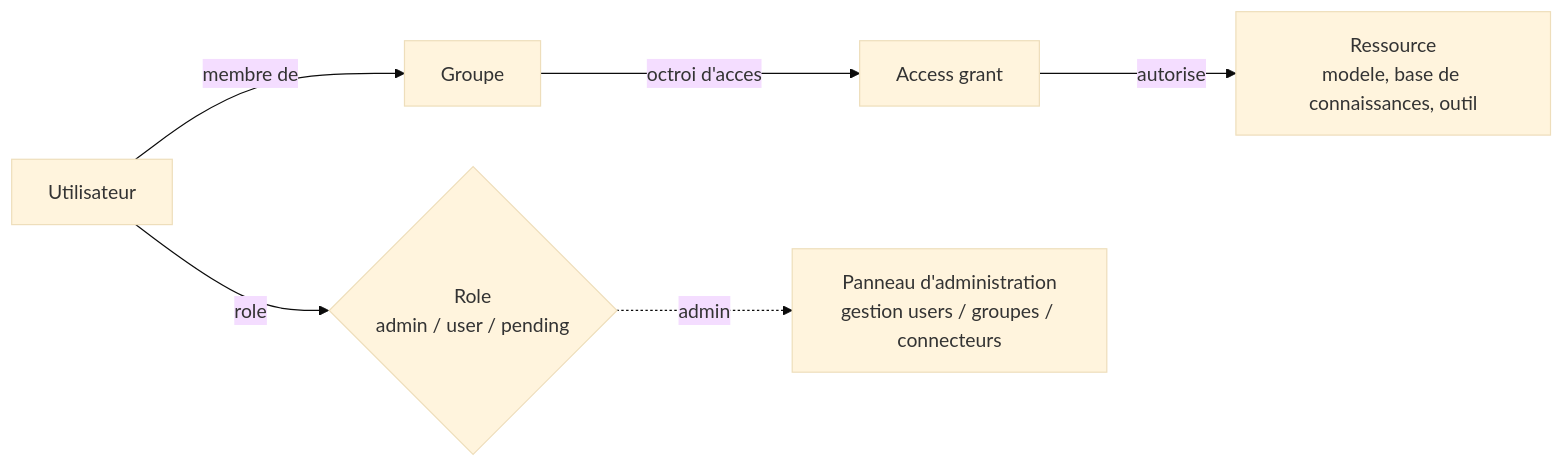
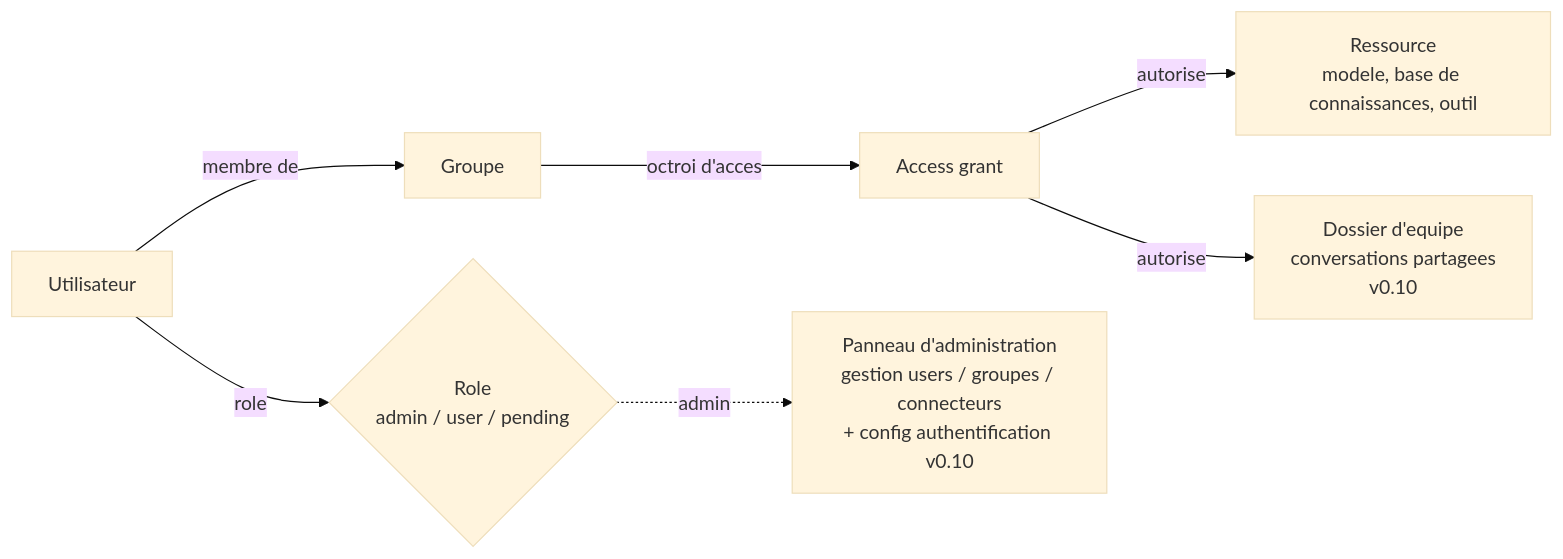
One commit to jsboige/CoursIA changed the second of 4 diagrams in MyIA.AI.Notebooks/GenAI/Open-WebUI/00-Tour-Plateforme/architecture.md. Above: the diagram before and after it, drawn with Mermaid (base theme). The commit also changed other lines of this file and 5 other files, not shown here.

````diff
--- a/MyIA.AI.Notebooks/GenAI/Open-WebUI/00-Tour-Plateforme/architecture.md
+++ b/MyIA.AI.Notebooks/GenAI/Open-WebUI/00-Tour-Plateforme/architecture.md
@@ -74,9 +74,10 @@
 ```mermaid
 flowchart LR
     User[Utilisateur] -->|membre de| Group[Groupe]
     User -->|role| Role{Role<br/>admin / user / pending}
     Group -->|octroi d'acces| Grant[Access grant]
     Grant -->|autorise| Res[Ressource<br/>modele, base de connaissances, outil]
+    Grant -->|autorise| Folder[Dossier d'equipe<br/>conversations partagees<br/>v0.10]
 
-    Role -. admin .-> Admin[Panneau d'administration<br/>gestion users / groupes / connecteurs]
+    Role -. admin .-> Admin[Panneau d'administration<br/>gestion users / groupes / connecteurs<br/>+ config authentification v0.10]
 ```
````
